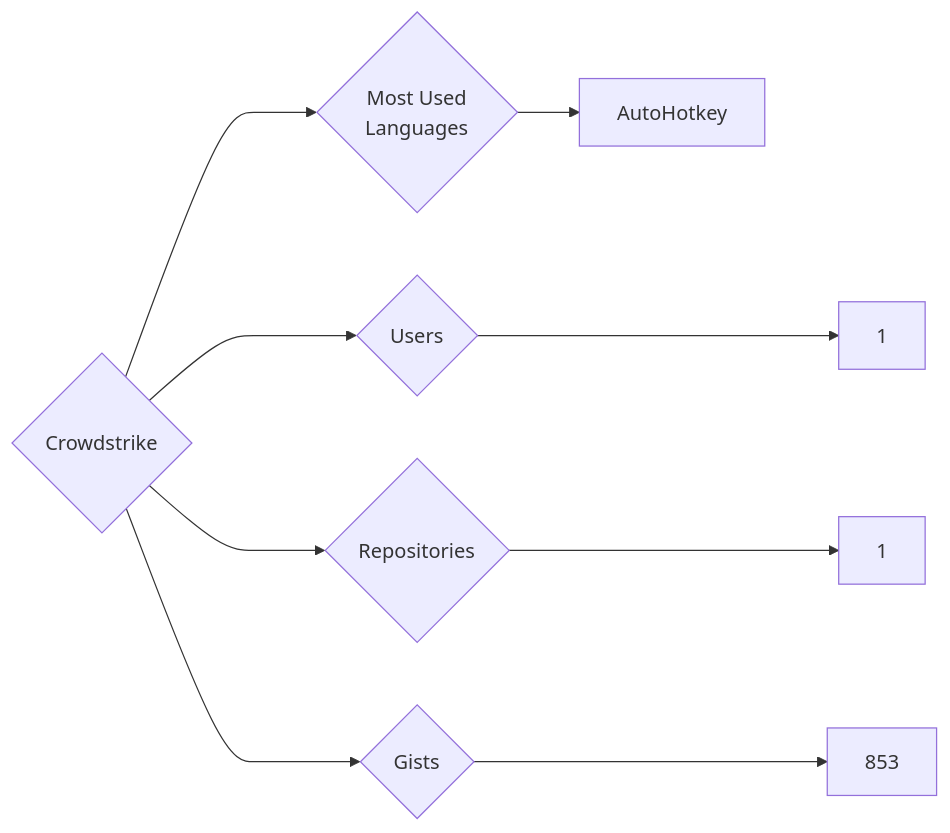
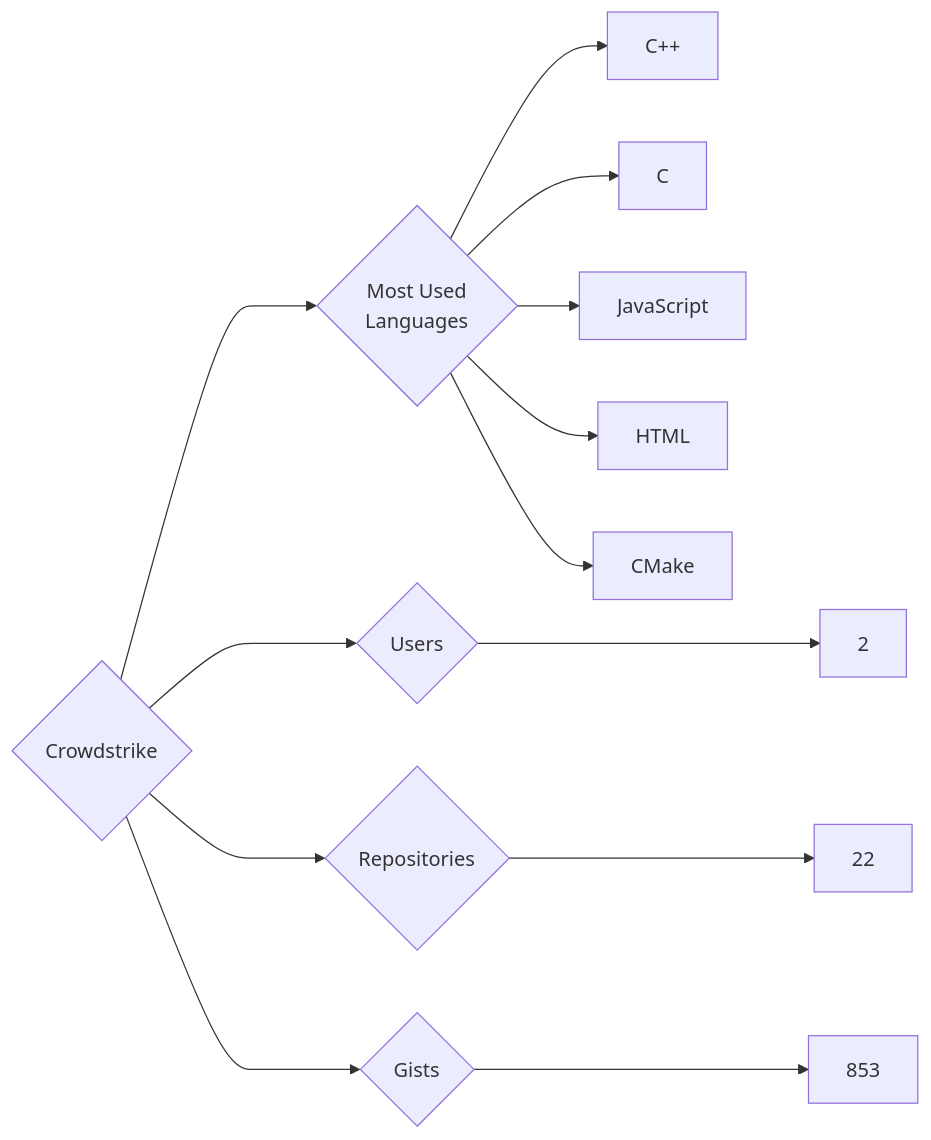
The diagram in targets/Crowdstrike/README.md (trickest/insiders), drawn with Mermaid before and after one commit. The commit also changed 618 other files, not shown here.

````diff
--- a/targets/Crowdstrike/README.md
+++ b/targets/Crowdstrike/README.md
@@ -3,9 +3,13 @@
 ```mermaid
 graph LR
 COMPANY_NAME{Crowdstrike}
-COMPANY_NAME ---> U{Users} ---> UN[1]
-COMPANY_NAME ---> R{Repositories} ---> RN[1]
+COMPANY_NAME ---> U{Users} ---> UN[2]
+COMPANY_NAME ---> R{Repositories} ---> RN[22]
 COMPANY_NAME ---> G{Gists} ---> GN[853]
 COMPANY_NAME ---> ML{Most Used<br>Languages}
-ML --> AutoHotkey[AutoHotkey]
+ML --> C++[C++]
+ML --> C[C]
+ML --> JavaScript[JavaScript]
+ML --> HTML[HTML]
+ML --> CMake[CMake]
 ```
````
